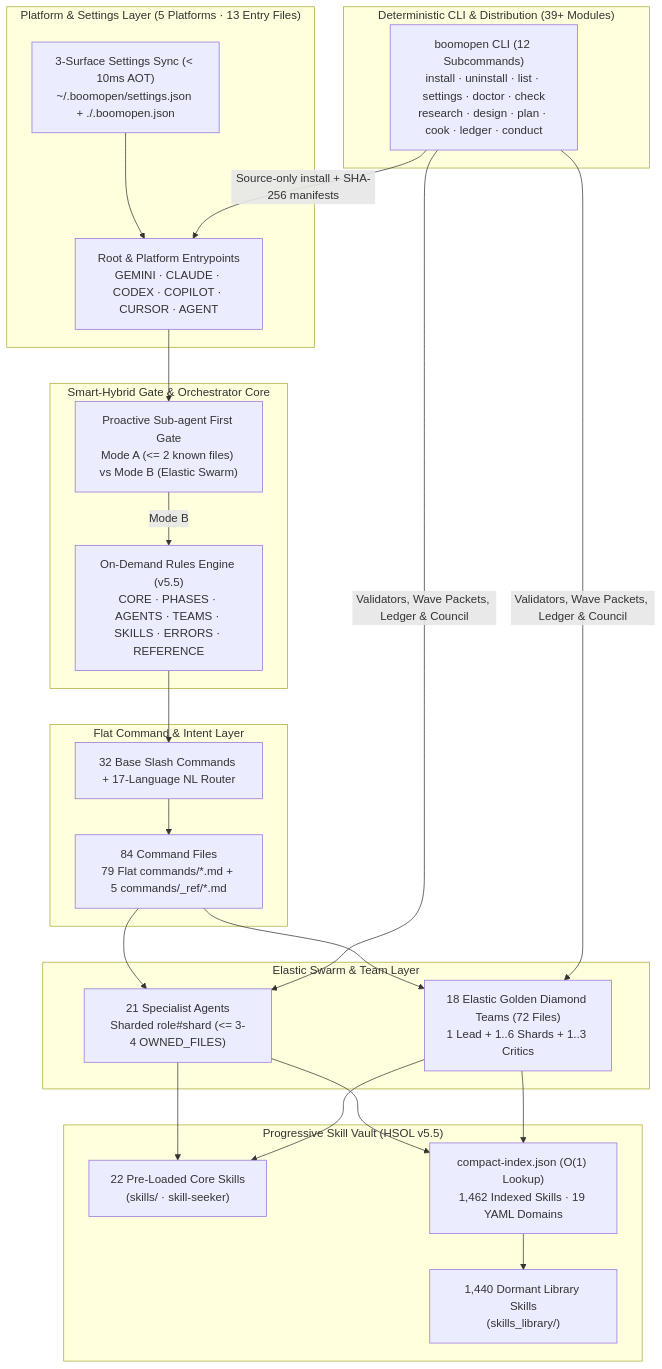
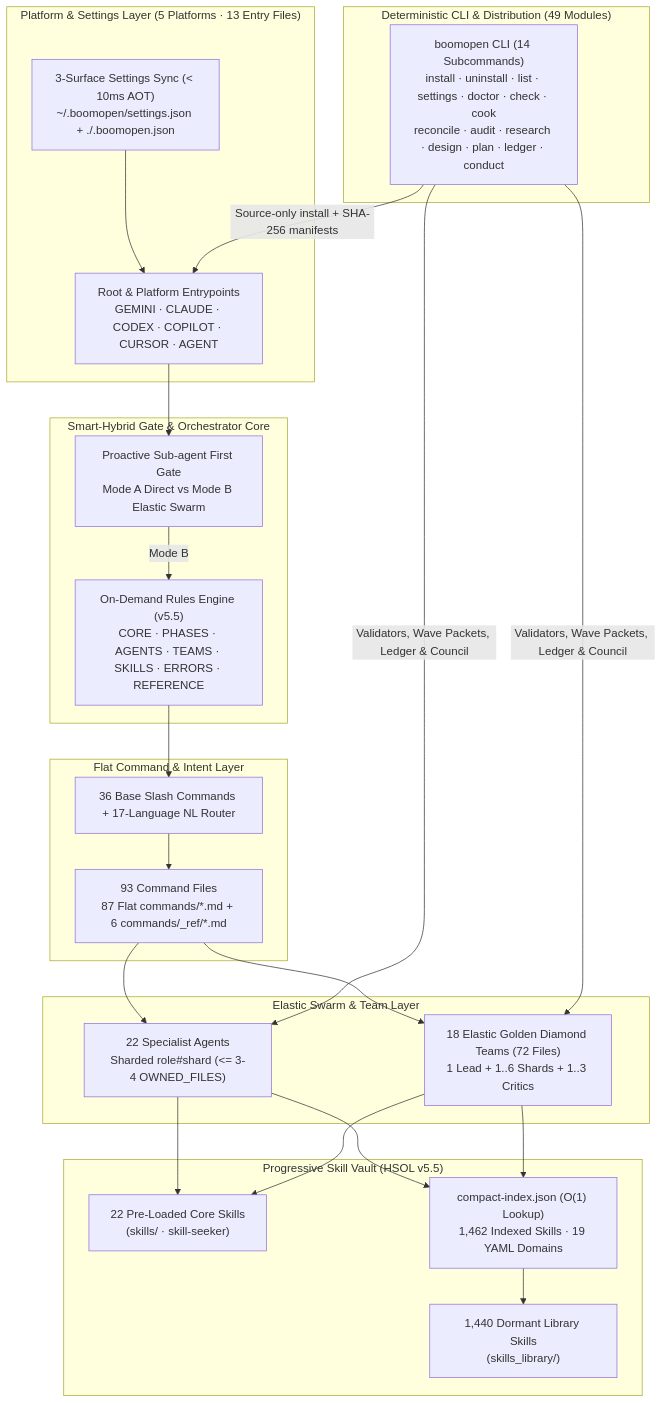
Before and after one commit to Kennyboom/BoomOpen-Workflow-Kit-Pro: the diagram in documents/knowledge-architecture/00-index.md, drawn with Mermaid. The commit also changed other lines of this file and 99 other files, not shown here.

Commit message:
feat(web,docs): launch boomopen.com showcase, sync 17-language docs & community governance

````diff
--- a/documents/knowledge-architecture/00-index.md
+++ b/documents/knowledge-architecture/00-index.md
@@ -15,42 +15,42 @@
 ```mermaid
 graph TB
     subgraph "Platform & Settings Layer (5 Platforms · 13 Entry Files)"
         EP["Root & Platform Entrypoints<br/>GEMINI · CLAUDE · CODEX · COPILOT · CURSOR · AGENT"]
         CFG["3-Surface Settings Sync (< 10ms AOT)<br/>~/.boomopen/settings.json + ./.boomopen.json"]
     end
 
     subgraph "Smart-Hybrid Gate & Orchestrator Core"
-        GATE["Proactive Sub-agent First Gate<br/>Mode A (<= 2 known files) vs Mode B (Elastic Swarm)"]
+        GATE["Proactive Sub-agent First Gate<br/>Mode A Direct vs Mode B Elastic Swarm"]
         CORE["On-Demand Rules Engine (v5.5)<br/>CORE · PHASES · AGENTS · TEAMS · SKILLS · ERRORS · REFERENCE"]
     end
 
     subgraph "Flat Command & Intent Layer"
-        ROUTER["32 Base Slash Commands + 17-Language NL Router"]
-        FLAT["84 Command Files<br/>79 Flat commands/*.md + 5 commands/_ref/*.md"]
+        ROUTER["36 Base Slash Commands + 17-Language NL Router"]
+        FLAT["93 Command Files<br/>87 Flat commands/*.md + 6 commands/_ref/*.md"]
     end
 
     subgraph "Elastic Swarm & Team Layer"
-        AGENTS["21 Specialist Agents<br/>Sharded role#shard (<= 3-4 OWNED_FILES)"]
+        AGENTS["22 Specialist Agents<br/>Sharded role#shard (<= 3-4 OWNED_FILES)"]
         TEAMS["18 Elastic Golden Diamond Teams (72 Files)<br/>1 Lead + 1..6 Shards + 1..3 Critics"]
     end
 
     subgraph "Progressive Skill Vault (HSOL v5.5)"
         CORE_SK["22 Pre-Loaded Core Skills<br/>(skills/ · skill-seeker)"]
         COMPACT["compact-index.json (O(1) Lookup)<br/>1,462 Indexed Skills · 19 YAML Domains"]
         LIB_SK["1,440 Dormant Library Skills<br/>(skills_library/)"]
     end
 
-    subgraph "Deterministic CLI & Distribution (39+ Modules)"
-        CLI["boomopen CLI (12 Subcommands)<br/>install · uninstall · list · settings · doctor · check<br/>research · design · plan · cook · ledger · conduct"]
+    subgraph "Deterministic CLI & Distribution (49 Modules)"
+        CLI["boomopen CLI (14 Subcommands)<br/>install · uninstall · list · settings · doctor · check · cook<br/>reconcile · audit · research · design · plan · ledger · conduct"]
     end
 
     CFG --> EP
     EP --> GATE
     GATE -->|"Mode B"| CORE
     CORE --> ROUTER --> FLAT
     FLAT --> AGENTS & TEAMS
     AGENTS & TEAMS --> CORE_SK & COMPACT
     COMPACT --> LIB_SK
     CLI -->|"Validators, Wave Packets, Ledger & Council"| AGENTS & TEAMS
     CLI -->|"Source-only install + SHA-256 manifests"| EP
 ```
````
